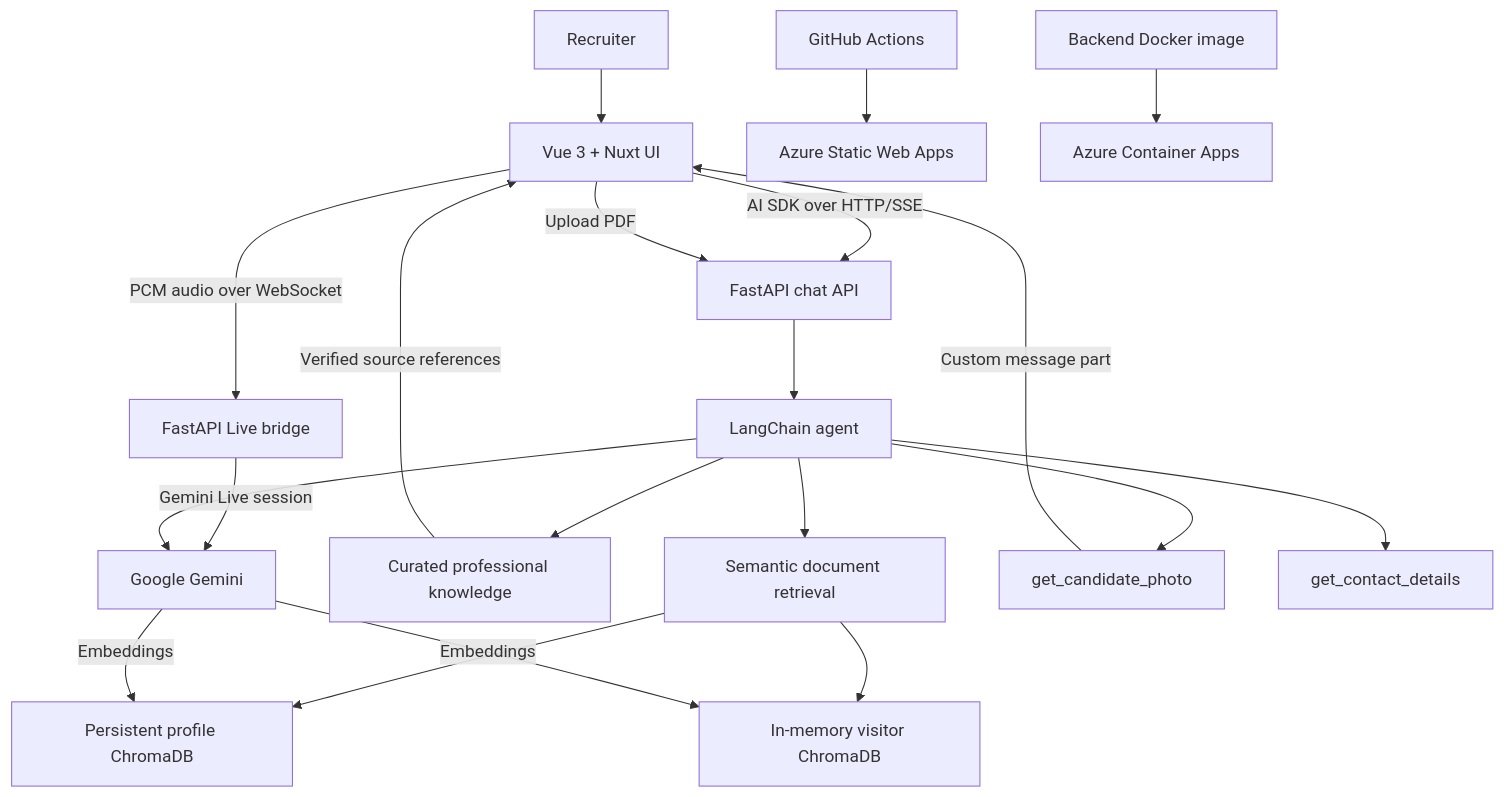
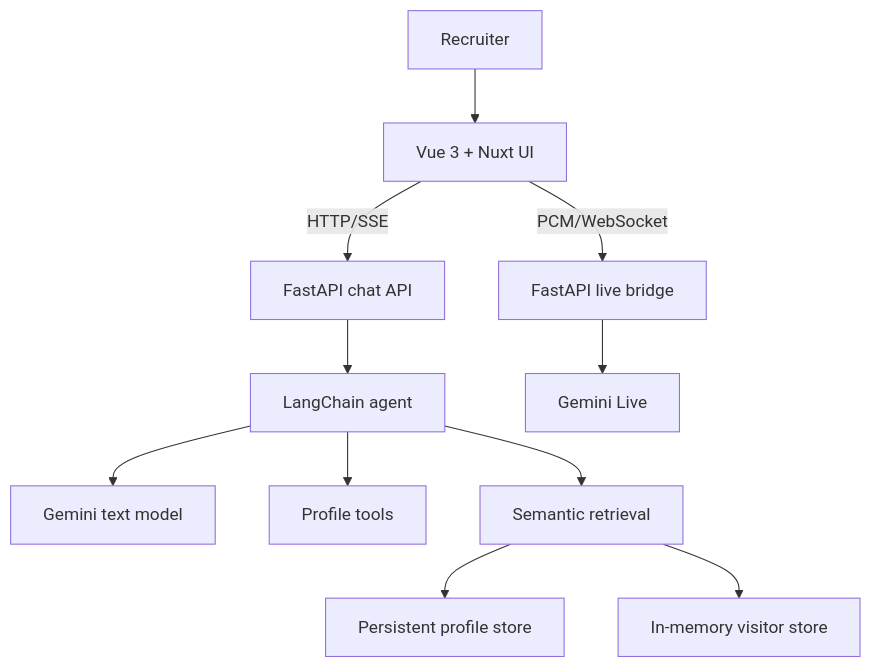
The diagram in README.md (JeykerSalinas/awesome-ai-profile), drawn with Mermaid before and after one commit. The commit also changed other lines of this file, not shown here.

````diff
--- a/README.md
+++ b/README.md
@@ -63,22 +44,13 @@
 ```mermaid
 flowchart TD
-    Recruiter[Recruiter] --> Frontend[Vue 3 + Nuxt UI]
-    Frontend -->|AI SDK over HTTP/SSE| API[FastAPI chat API]
-    Frontend -->|PCM audio over WebSocket| LiveAPI[FastAPI Live bridge]
-    LiveAPI -->|Gemini Live session| Gemini
-    API --> Agent[LangChain agent]
-    Agent --> Gemini[Google Gemini]
-    Agent --> Knowledge[Curated professional knowledge]
-    Agent --> RAG[Semantic document retrieval]
-    RAG --> ProfileStore[Persistent profile ChromaDB]
-    RAG --> VisitorStore[In-memory visitor ChromaDB]
-    Gemini -->|Embeddings| ProfileStore
-    Gemini -->|Embeddings| VisitorStore
-    Frontend -->|Upload PDF| API
-    Agent --> Photo[get_candidate_photo]
-    Agent --> Contact[get_contact_details]
-    Knowledge -->|Verified source references| Frontend
-    Photo -->|Custom message part| Frontend
-    GitHub[GitHub Actions] --> AzureWeb[Azure Static Web Apps]
-    Docker[Backend Docker image] --> AzureAPI[Azure Container Apps]
+    Visitor[Recruiter] --> Frontend[Vue 3 + Nuxt UI]
+    Frontend -->|HTTP/SSE| ChatAPI[FastAPI chat API]
+    Frontend -->|PCM/WebSocket| LiveAPI[FastAPI live bridge]
+    ChatAPI --> Agent[LangChain agent]
+    LiveAPI --> Gemini[Gemini Live]
+    Agent --> GeminiModel[Gemini text model]
+    Agent --> Tools[Profile tools]
+    Agent --> RAG[Semantic retrieval]
+    RAG --> ProfileStore[Persistent profile store]
+    RAG --> VisitorStore[In-memory visitor store]
 ```
````
